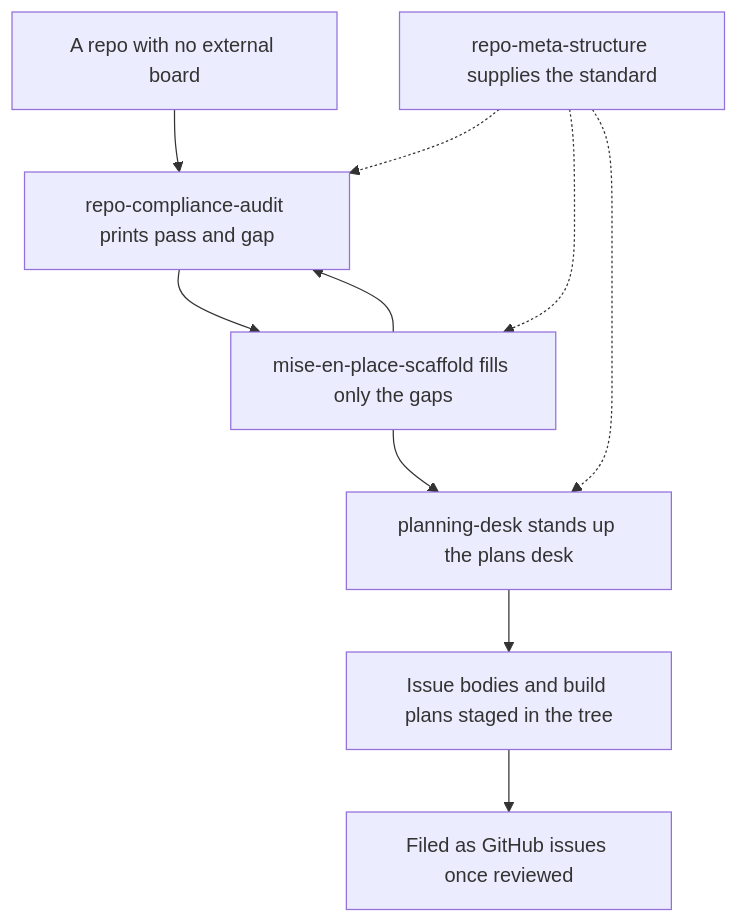
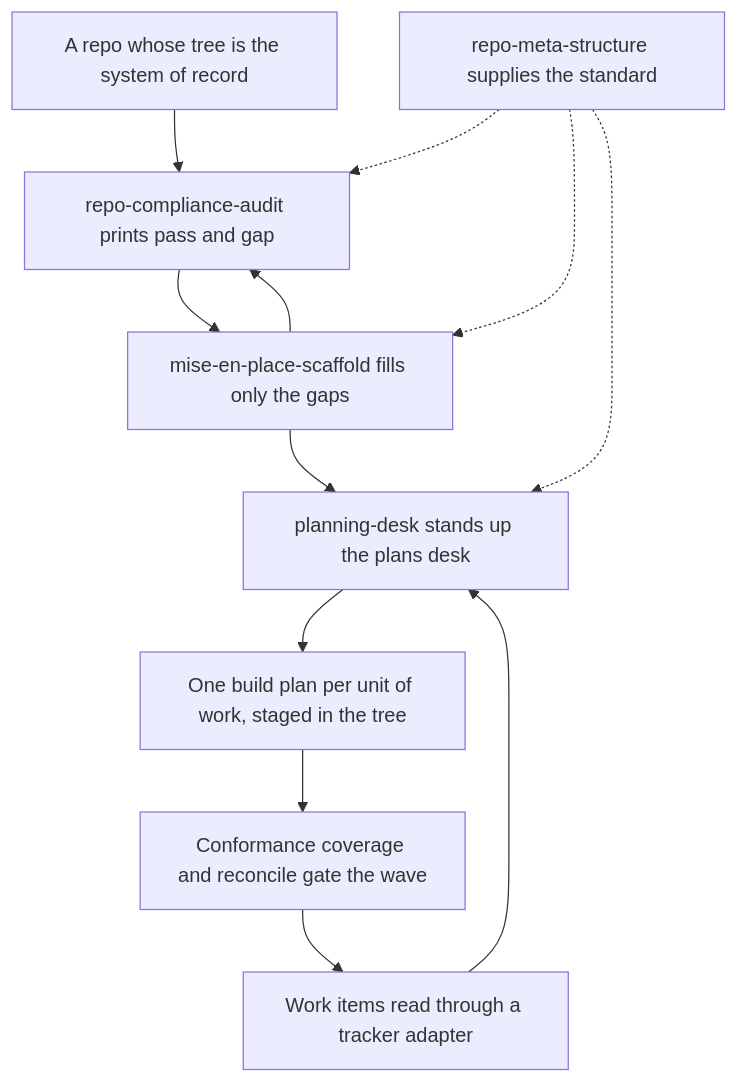
Before and after one commit to hsb3/dotfiles-agents: the diagram in plugins/mise-en-place/README.md, drawn with Mermaid. The commit also changed other lines of this file and 10 other files, not shown here.

````diff
--- a/plugins/mise-en-place/README.md
+++ b/plugins/mise-en-place/README.md
@@ -19,13 +19,15 @@
 ```mermaid
 flowchart TD
-    Repo[A repo with no external board] --> Audit[repo-compliance-audit prints pass and gap]
+    Repo[A repo whose tree is the system of record] --> Audit[repo-compliance-audit prints pass and gap]
     Audit --> Scaf[mise-en-place-scaffold fills only the gaps]
     Scaf --> Audit
     Scaf --> Desk[planning-desk stands up the plans desk]
-    Desk --> Work[Issue bodies and build plans staged in the tree]
-    Work --> GH[Filed as GitHub issues once reviewed]
+    Tracker[Work items read through a tracker adapter] --> Desk
+    Desk --> Plan[One build plan per unit of work, staged in the tree]
+    Plan --> Gates[Conformance coverage and reconcile gate the wave]
+    Gates --> Tracker
 
     Std[repo-meta-structure supplies the standard] -.-> Audit
     Std -.-> Scaf
     Std -.-> Desk
 ```
````
